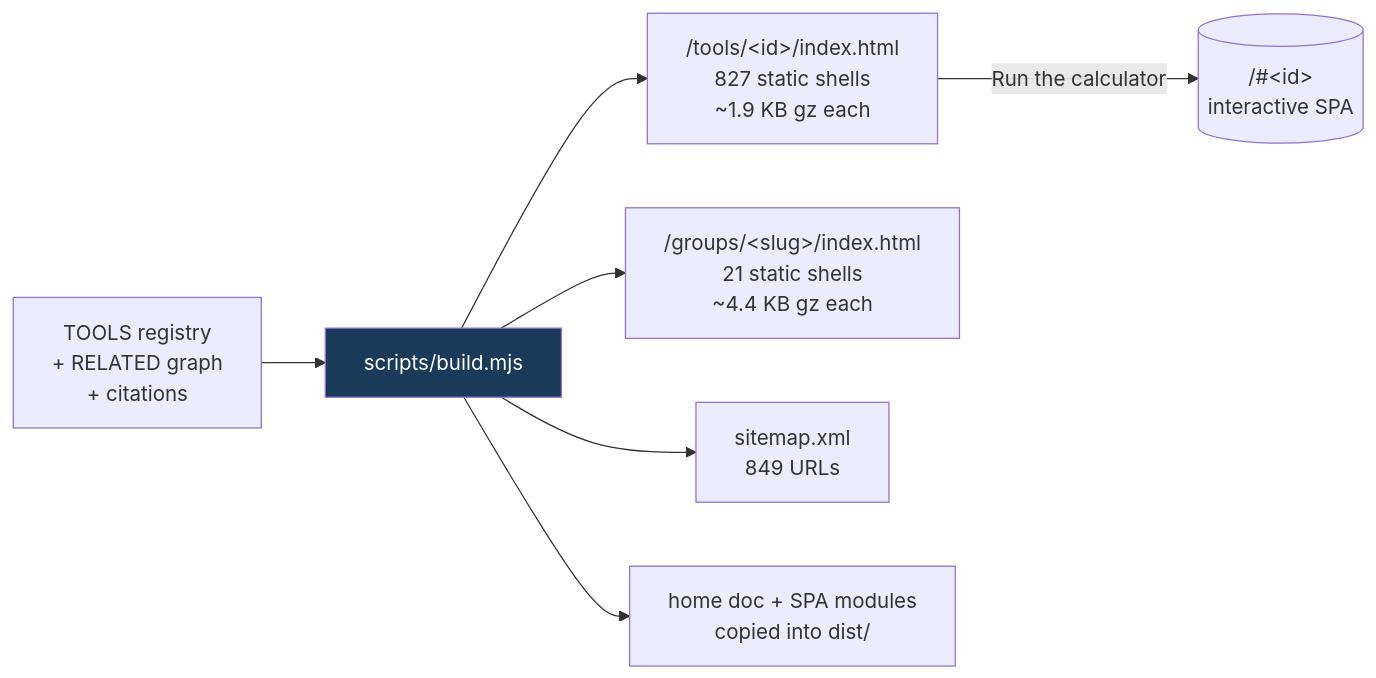
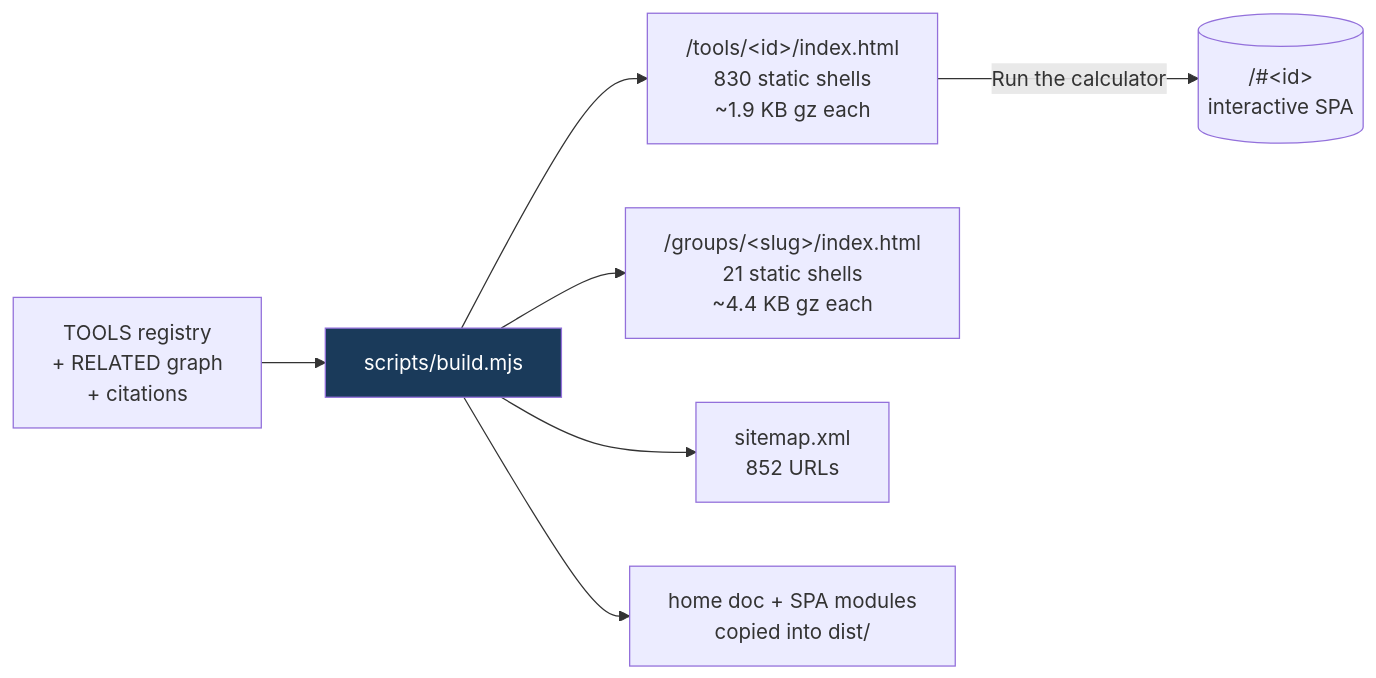
Before and after one commit to clay-good/roughlogic.com: the fifth of 8 diagrams in README.md, drawn with Mermaid. The commit also changed other lines of this file and 18 other files, not shown here.

````diff
--- a/README.md
+++ b/README.md
@@ -495,10 +495,10 @@
 ```mermaid
 flowchart LR
     SRC[TOOLS registry\n+ RELATED graph\n+ citations] --> BUILD[scripts/build.mjs]
-    BUILD --> TILE["/tools/&lt;id&gt;/index.html\n827 static shells\n~1.9 KB gz each"]
+    BUILD --> TILE["/tools/&lt;id&gt;/index.html\n830 static shells\n~1.9 KB gz each"]
     BUILD --> GROUP["/groups/&lt;slug&gt;/index.html\n21 static shells\n~4.4 KB gz each"]
-    BUILD --> MAP["sitemap.xml\n849 URLs"]
+    BUILD --> MAP["sitemap.xml\n852 URLs"]
     BUILD --> COPY[home doc + SPA modules\ncopied into dist/]
     TILE -->|Run the calculator| SPA[("/#&lt;id&gt;\ninteractive SPA")]
     style BUILD fill:#1a3a5a,color:#fff
 ```
````
